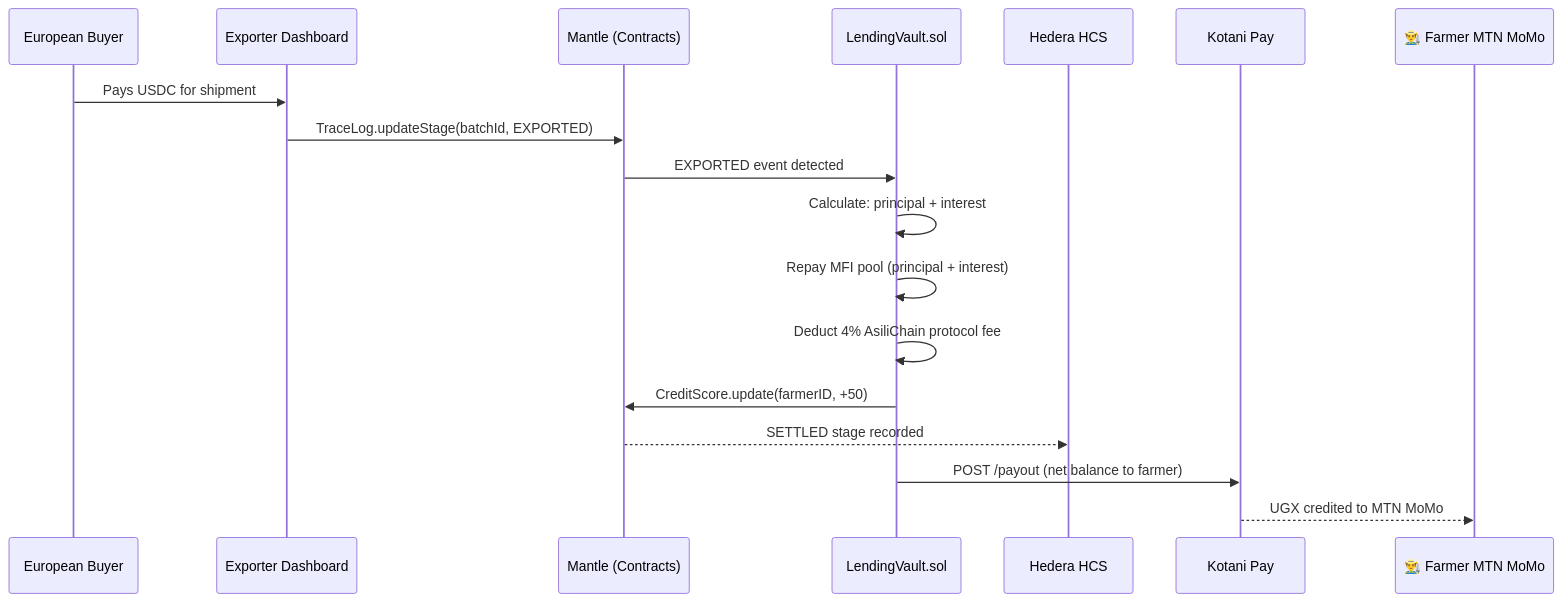
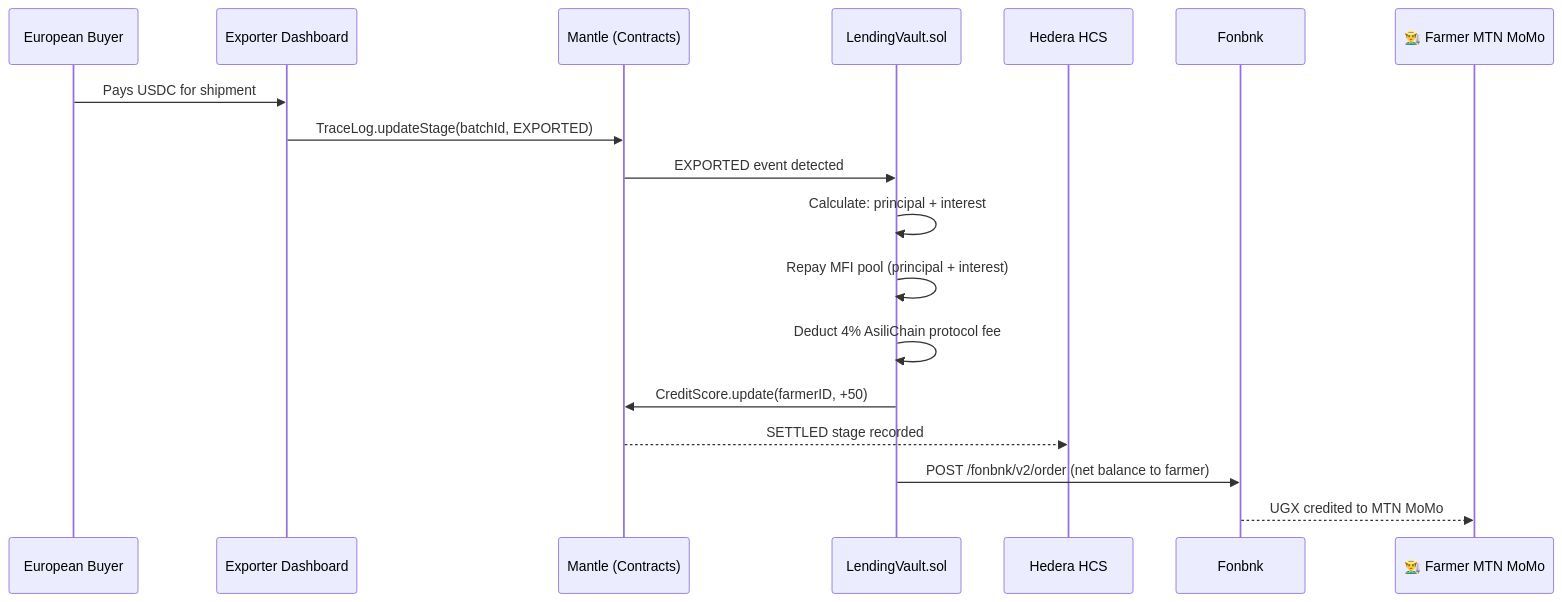
Before and after one commit to AsiliChain/docs: the diagram in src/content/docs/overview/auto-repayment.mdx, drawn with Mermaid. The commit also changed other lines of this file and 35 other files, not shown here.

First line of the commit message:
docs(integrations): migrate docs from Kotani Pay to Fonbnk payment provider

````diff
--- a/src/content/docs/overview/auto-repayment.mdx
+++ b/src/content/docs/overview/auto-repayment.mdx
@@ -11,20 +11,20 @@
 ```mermaid
 sequenceDiagram
     participant BUY as European Buyer
     participant EXP as Exporter Dashboard
     participant M as Mantle (Contracts)
     participant LV as LendingVault.sol
     participant H as Hedera HCS
-    participant KP as Kotani Pay
+    participant FB as Fonbnk
     participant F as 👨‍🌾 Farmer MTN MoMo
     BUY->>EXP: Pays USDC for shipment
     EXP->>M: TraceLog.updateStage(batchId, EXPORTED)
     M->>LV: EXPORTED event detected
     LV->>LV: Calculate: principal + interest
     LV->>LV: Repay MFI pool (principal + interest)
     LV->>LV: Deduct 4% AsiliChain protocol fee
     LV->>M: CreditScore.update(farmerID, +50)
     M-->>H: SETTLED stage recorded
-    LV->>KP: POST /payout (net balance to farmer)
-    KP-->>F: UGX credited to MTN MoMo
+    LV->>FB: POST /fonbnk/v2/order (net balance to farmer)
+    FB-->>F: UGX credited to MTN MoMo
 ```
````
